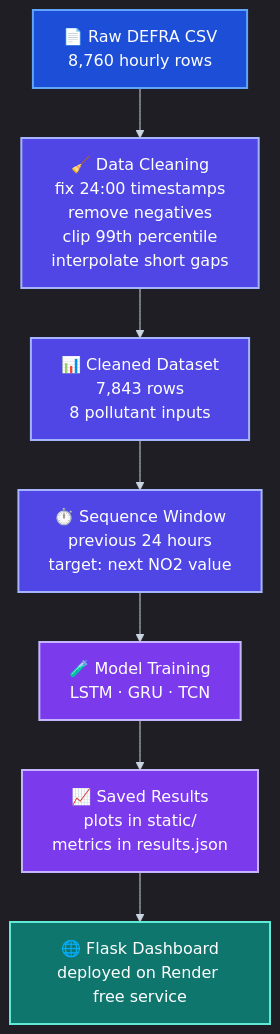
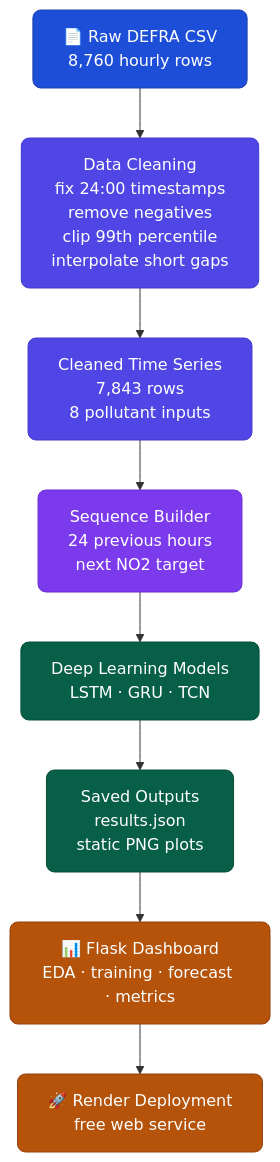
One commit to abinashprasana/no2-forecasting-deep-learning changed the diagram in README.md. Above: the diagram before and after it, drawn with Mermaid. The commit also changed other lines of this file, not shown here.

````diff
--- a/README.md
+++ b/README.md
@@ -40,20 +92,19 @@
 ```mermaid
-%%{init: {"theme": "dark", "themeVariables": {"fontFamily": "Inter, Segoe UI, Arial", "primaryTextColor": "#ffffff", "lineColor": "#cbd5e1"}}}%%
 flowchart TD
-    A["📄 Raw DEFRA CSV<br/>8,760 hourly rows"] --> B["🧹 Data Cleaning<br/>fix 24:00 timestamps<br/>remove negatives<br/>clip 99th percentile<br/>interpolate short gaps"]
-    B --> C["📊 Cleaned Dataset<br/>7,843 rows<br/>8 pollutant inputs"]
-    C --> D["⏱️ Sequence Window<br/>previous 24 hours<br/>target: next NO2 value"]
-    D --> E["🧪 Model Training<br/>LSTM · GRU · TCN"]
-    E --> F["📈 Saved Results<br/>plots in static/<br/>metrics in results.json"]
-    F --> G["🌐 Flask Dashboard<br/>deployed on Render free service"]
+    classDef io fill:#1d4ed8,color:#fff,stroke:#1e40af,rx:8
+    classDef clean fill:#4f46e5,color:#fff,stroke:#4338ca,rx:8
+    classDef seq fill:#7c3aed,color:#fff,stroke:#6d28d9,rx:8
+    classDef model fill:#065f46,color:#fff,stroke:#064e3b,rx:8
+    classDef app fill:#b45309,color:#fff,stroke:#92400e,rx:8
 
-    classDef source fill:#1d4ed8,stroke:#60a5fa,color:#ffffff,stroke-width:2px;
-    classDef clean fill:#4f46e5,stroke:#a5b4fc,color:#ffffff,stroke-width:2px;
-    classDef model fill:#7c3aed,stroke:#c4b5fd,color:#ffffff,stroke-width:2px;
-    classDef deploy fill:#0f766e,stroke:#5eead4,color:#ffffff,stroke-width:2px;
+    A["📄 Raw DEFRA CSV<br/>8,760 hourly rows"]:::io
+    B["Data Cleaning<br/>fix 24:00 timestamps<br/>remove negatives<br/>clip 99th percentile<br/>interpolate short gaps"]:::clean
+    C["Cleaned Time Series<br/>7,843 rows<br/>8 pollutant inputs"]:::clean
+    D["Sequence Builder<br/>24 previous hours<br/>next NO2 target"]:::seq
+    E["Deep Learning Models<br/>LSTM · GRU · TCN"]:::model
+    F["Saved Outputs<br/>results.json<br/>static PNG plots"]:::model
+    G["📊 Flask Dashboard<br/>EDA · training · forecast · metrics"]:::app
+    H["🚀 Render Deployment<br/>free web service"]:::app
 
-    class A source;
-    class B,C,D clean;
-    class E,F model;
-    class G deploy;
+    A --> B --> C --> D --> E --> F --> G --> H
 ```
````
